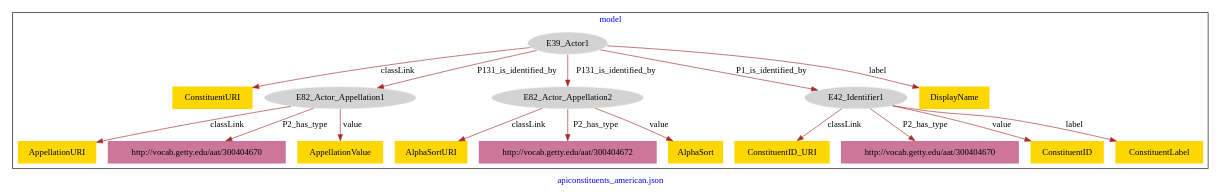
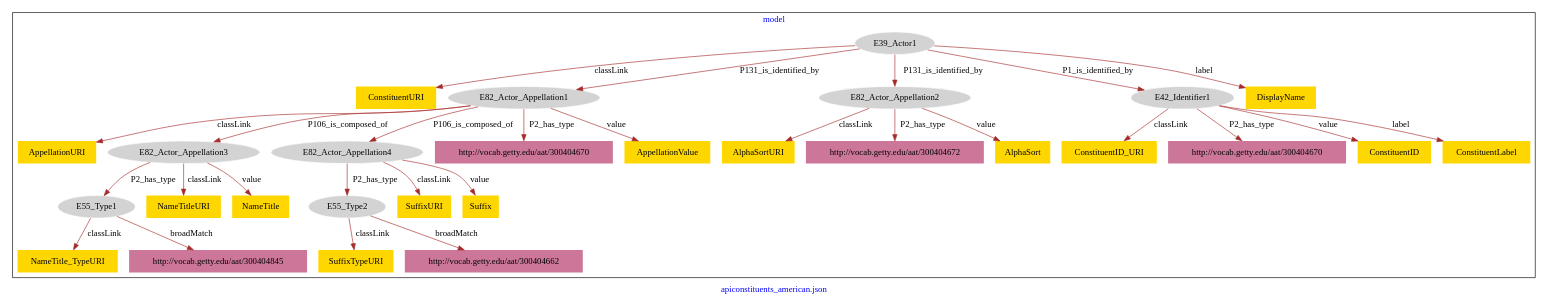
Before and after one commit to american-art/PUAM: the diagram in apiconstituents_american/apiconstituents_american-model.dot, drawn with Graphviz.

Commit message:
Update file apiconstituents_american-model.dot

```diff
--- a/apiconstituents_american/apiconstituents_american-model.dot
+++ b/apiconstituents_american/apiconstituents_american-model.dot
@@ -1,39 +1,63 @@
 digraph n0 {
 fontcolor="blue"
 remincross="true"
 label="apiconstituents_american.json"
 subgraph cluster {
 label="model"
 n2[style="filled",color="white",fillcolor="lightgray",label="E39_Actor1"];
 n3[shape="plaintext",style="filled",fillcolor="gold",label="ConstituentURI"];
 n4[style="filled",color="white",fillcolor="lightgray",label="E82_Actor_Appellation1"];
 n5[style="filled",color="white",fillcolor="lightgray",label="E82_Actor_Appellation2"];
 n6[style="filled",color="white",fillcolor="lightgray",label="E42_Identifier1"];
 n7[shape="plaintext",style="filled",fillcolor="gold",label="DisplayName"];
 n8[shape="plaintext",style="filled",fillcolor="gold",label="ConstituentID_URI"];
 n9[shape="plaintext",style="filled",fillcolor="#CC7799",label="http://vocab.getty.edu/aat/300404670"];
 n10[shape="plaintext",style="filled",fillcolor="gold",label="ConstituentID"];
 n11[shape="plaintext",style="filled",fillcolor="gold",label="ConstituentLabel"];
-n12[shape="plaintext",style="filled",fillcolor="gold",label="AppellationURI"];
-n13[shape="plaintext",style="filled",fillcolor="#CC7799",label="http://vocab.getty.edu/aat/300404670"];
-n14[shape="plaintext",style="filled",fillcolor="gold",label="AppellationValue"];
-n15[shape="plaintext",style="filled",fillcolor="gold",label="AlphaSortURI"];
-n16[shape="plaintext",style="filled",fillcolor="#CC7799",label="http://vocab.getty.edu/aat/300404672"];
-n17[shape="plaintext",style="filled",fillcolor="gold",label="AlphaSort"];
+n12[style="filled",color="white",fillcolor="lightgray",label="E55_Type1"];
+n13[shape="plaintext",style="filled",fillcolor="gold",label="NameTitle_TypeURI"];
+n14[shape="plaintext",style="filled",fillcolor="#CC7799",label="http://vocab.getty.edu/aat/300404845"];
+n15[style="filled",color="white",fillcolor="lightgray",label="E55_Type2"];
+n16[shape="plaintext",style="filled",fillcolor="gold",label="SuffixTypeURI"];
+n17[shape="plaintext",style="filled",fillcolor="#CC7799",label="http://vocab.getty.edu/aat/300404662"];
+n18[shape="plaintext",style="filled",fillcolor="gold",label="AppellationURI"];
+n19[style="filled",color="white",fillcolor="lightgray",label="E82_Actor_Appellation3"];
+n20[style="filled",color="white",fillcolor="lightgray",label="E82_Actor_Appellation4"];
+n21[shape="plaintext",style="filled",fillcolor="#CC7799",label="http://vocab.getty.edu/aat/300404670"];
+n22[shape="plaintext",style="filled",fillcolor="gold",label="AppellationValue"];
+n23[shape="plaintext",style="filled",fillcolor="gold",label="AlphaSortURI"];
+n24[shape="plaintext",style="filled",fillcolor="#CC7799",label="http://vocab.getty.edu/aat/300404672"];
+n25[shape="plaintext",style="filled",fillcolor="gold",label="AlphaSort"];
+n26[shape="plaintext",style="filled",fillcolor="gold",label="NameTitleURI"];
+n27[shape="plaintext",style="filled",fillcolor="gold",label="NameTitle"];
+n28[shape="plaintext",style="filled",fillcolor="gold",label="SuffixURI"];
+n29[shape="plaintext",style="filled",fillcolor="gold",label="Suffix"];
 }
 n2 -> n3[color="brown",fontcolor="black",label="classLink"]
 n2 -> n4[color="brown",fontcolor="black",label="P131_is_identified_by"]
 n2 -> n5[color="brown",fontcolor="black",label="P131_is_identified_by"]
 n2 -> n6[color="brown",fontcolor="black",label="P1_is_identified_by"]
 n2 -> n7[color="brown",fontcolor="black",label="label"]
 n6 -> n8[color="brown",fontcolor="black",label="classLink"]
 n6 -> n9[color="brown",fontcolor="black",label="P2_has_type"]
 n6 -> n10[color="brown",fontcolor="black",label="value"]
 n6 -> n11[color="brown",fontcolor="black",label="label"]
-n4 -> n12[color="brown",fontcolor="black",label="classLink"]
-n4 -> n13[color="brown",fontcolor="black",label="P2_has_type"]
-n4 -> n14[color="brown",fontcolor="black",label="value"]
-n5 -> n15[color="brown",fontcolor="black",label="classLink"]
-n5 -> n16[color="brown",fontcolor="black",label="P2_has_type"]
-n5 -> n17[color="brown",fontcolor="black",label="value"]
+n12 -> n13[color="brown",fontcolor="black",label="classLink"]
+n12 -> n14[color="brown",fontcolor="black",label="broadMatch"]
+n15 -> n16[color="brown",fontcolor="black",label="classLink"]
+n15 -> n17[color="brown",fontcolor="black",label="broadMatch"]
+n4 -> n18[color="brown",fontcolor="black",label="classLink"]
+n4 -> n19[color="brown",fontcolor="black",label="P106_is_composed_of"]
+n4 -> n20[color="brown",fontcolor="black",label="P106_is_composed_of"]
+n4 -> n21[color="brown",fontcolor="black",label="P2_has_type"]
+n4 -> n22[color="brown",fontcolor="black",label="value"]
+n5 -> n23[color="brown",fontcolor="black",label="classLink"]
+n5 -> n24[color="brown",fontcolor="black",label="P2_has_type"]
+n5 -> n25[color="brown",fontcolor="black",label="value"]
+n19 -> n26[color="brown",fontcolor="black",label="classLink"]
+n19 -> n12[color="brown",fontcolor="black",label="P2_has_type"]
+n19 -> n27[color="brown",fontcolor="black",label="value"]
+n20 -> n28[color="brown",fontcolor="black",label="classLink"]
+n20 -> n15[color="brown",fontcolor="black",label="P2_has_type"]
+n20 -> n29[color="brown",fontcolor="black",label="value"]
 }
```
